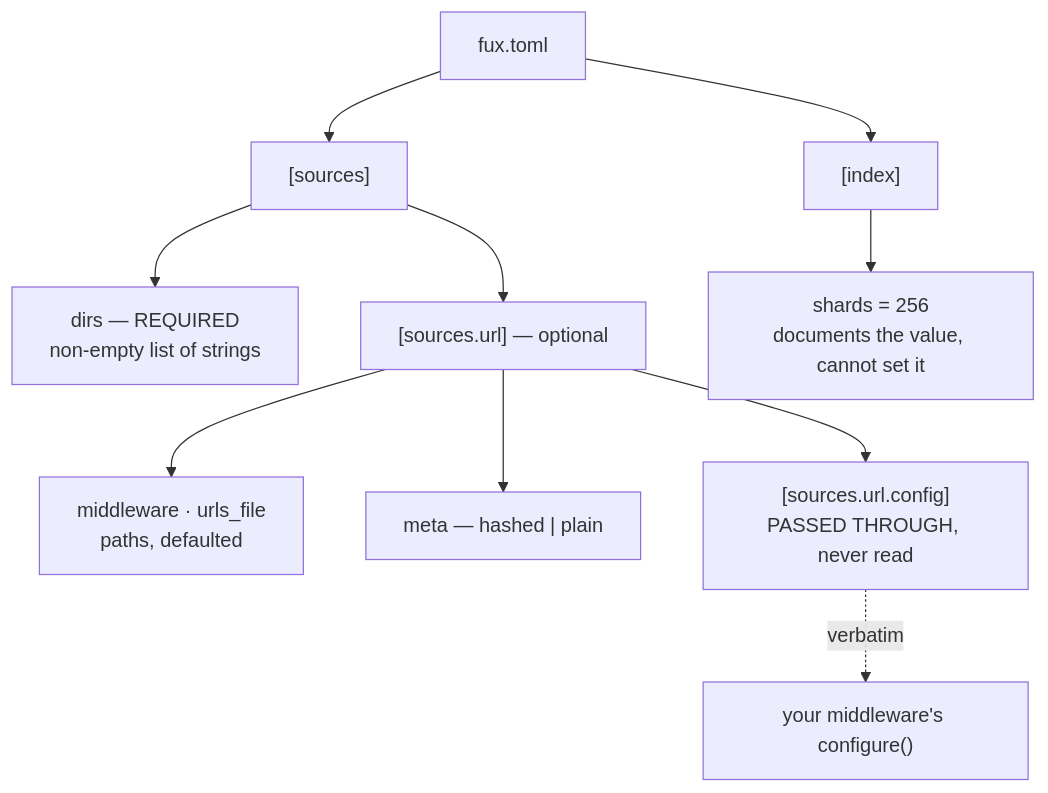
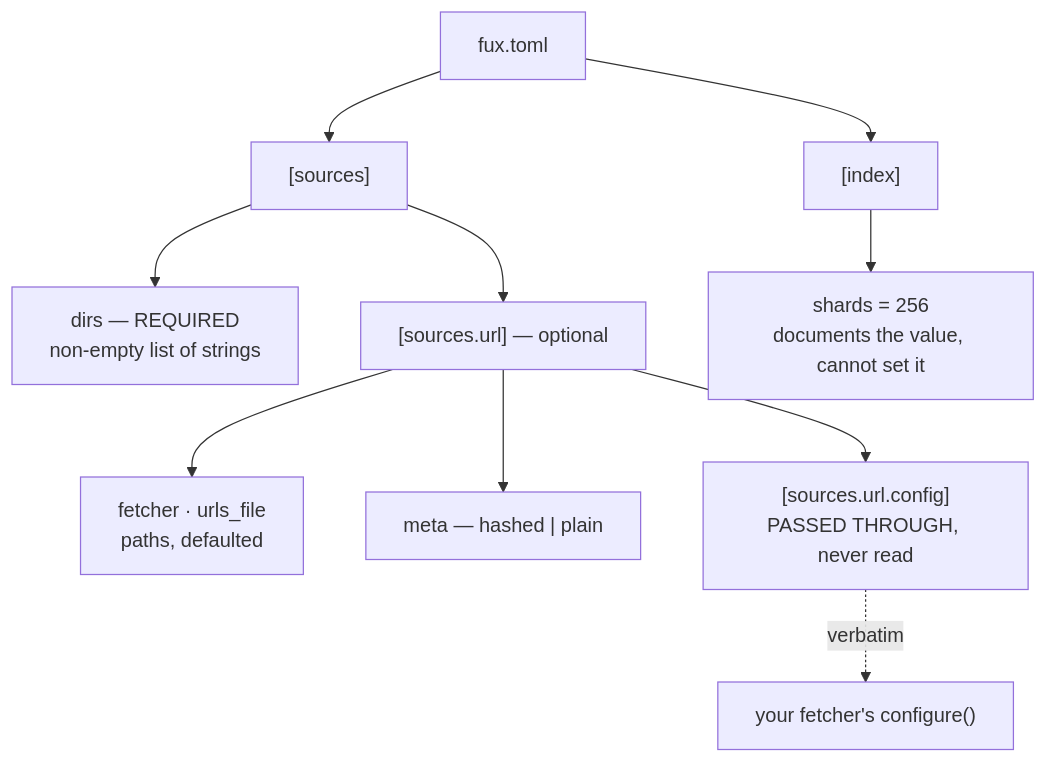
The diagram in docs/adr/0014_config.md (arpitarya/fux), drawn with Mermaid before and after one commit. The commit also changed other lines of this file and 72 other files, not shown here.

````diff
--- a/docs/adr/0014_config.md
+++ b/docs/adr/0014_config.md
@@ -53,12 +53,12 @@
 ```mermaid
 flowchart TD
     F["fux.toml"] --> S["[sources]"]
     S --> D["dirs — REQUIRED<br/>non-empty list of strings"]
     S --> U["[sources.url] — optional"]
-    U --> M["middleware · urls_file<br/>paths, defaulted"]
+    U --> M["fetcher · urls_file<br/>paths, defaulted"]
     U --> ME["meta — hashed | plain"]
     U --> CF["[sources.url.config]<br/>PASSED THROUGH, never read"]
     F --> I["[index]"]
     I --> SH["shards = 256<br/>documents the value, cannot set it"]
-    CF -.->|"verbatim"| MW["your middleware's configure()"]
+    CF -.->|"verbatim"| MW["your fetcher's configure()"]
 ```
````
